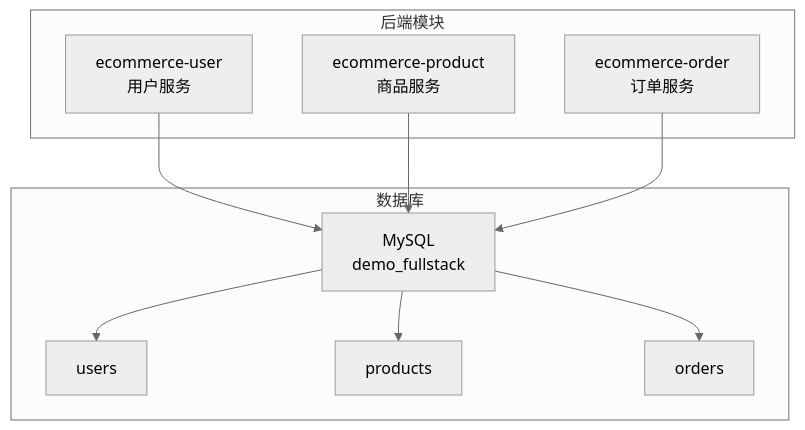
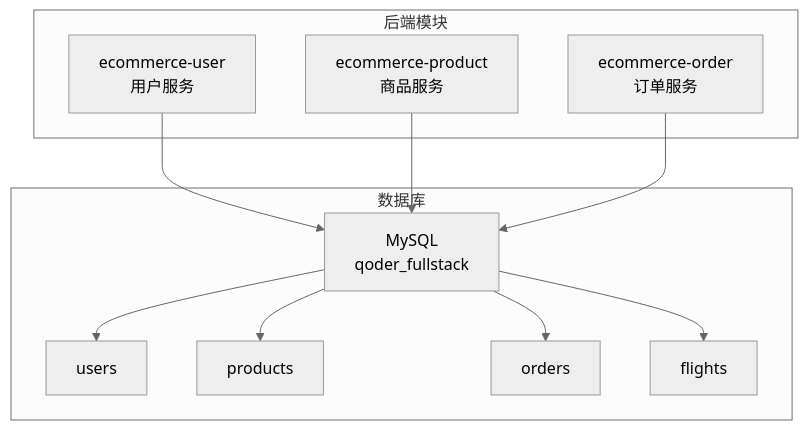
Before and after one commit to haohailiang/qoder-fullstack: the first of 9 diagrams in .qoder/repowiki/zh/content/数据库设计.md, drawn with Mermaid (neutral theme). The commit also changed other lines of this file and 45 other files, not shown here.

````diff
--- a/.qoder/repowiki/zh/content/数据库设计.md
+++ b/.qoder/repowiki/zh/content/数据库设计.md
@@ -32,20 +44,22 @@
 ```mermaid
 graph TB
 subgraph "后端模块"
 USER["ecommerce-user<br/>用户服务"]
 PRODUCT["ecommerce-product<br/>商品服务"]
 ORDER["ecommerce-order<br/>订单服务"]
 end
 subgraph "数据库"
-DB["MySQL<br/>demo_fullstack"]
+DB["MySQL<br/>qoder_fullstack"]
 T_USERS["users"]
 T_PRODUCTS["products"]
 T_ORDERS["orders"]
+T_FLIGHTS["flights"]
 end
 USER --> DB
 PRODUCT --> DB
 ORDER --> DB
 DB --> T_USERS
 DB --> T_PRODUCTS
 DB --> T_ORDERS
+DB --> T_FLIGHTS
 ```
````
